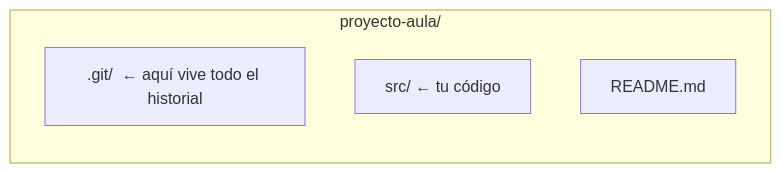
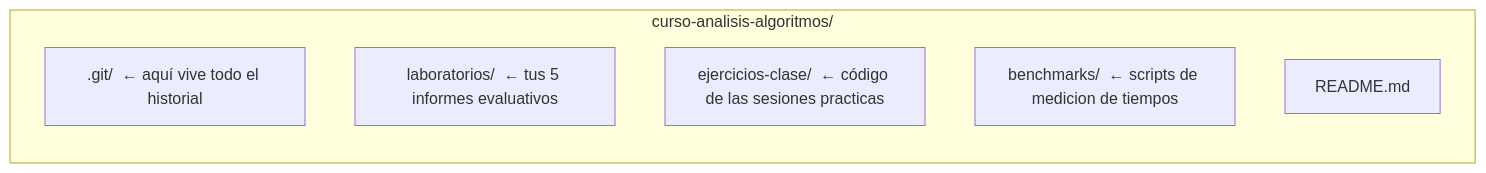
The second of 6 diagrams in content/cursos/analisis-de-algoritmos/fundamentos-control-de-versiones-y-flujo-de-trabajo.mdx (santiagoSuarez219/nodo-edu), drawn with Mermaid before and after one commit. The commit also changed other lines of this file and 3 other files, not shown here.

First line of the commit message:
feat(analisis-de-algoritmos): complete week 1 lesson and lab guides

````diff
--- a/content/cursos/analisis-de-algoritmos/fundamentos-control-de-versiones-y-flujo-de-trabajo.mdx
+++ b/content/cursos/analisis-de-algoritmos/fundamentos-control-de-versiones-y-flujo-de-trabajo.mdx
@@ -79,9 +77,11 @@
 ```mermaid
 flowchart TB
-  subgraph proyecto-aula/
+  subgraph curso-analisis-algoritmos/
     direction TB
     git[".git/  ← aquí vive todo el historial"]
-    src["src/  ← tu código"]
+    labs["laboratorios/  ← tus 5 informes evaluativos"]
+    ejer["ejercicios-clase/  ← código de las sesiones practicas"]
+    bench["benchmarks/  ← scripts de medicion de tiempos"]
     readme["README.md"]
   end
 ```
````
